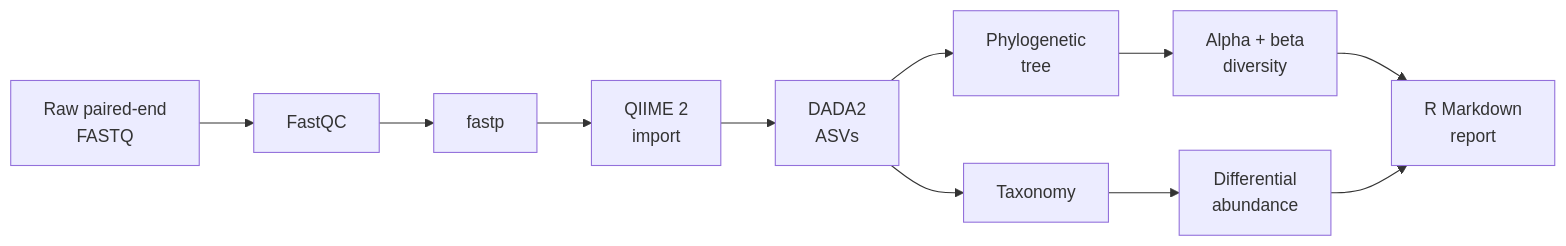
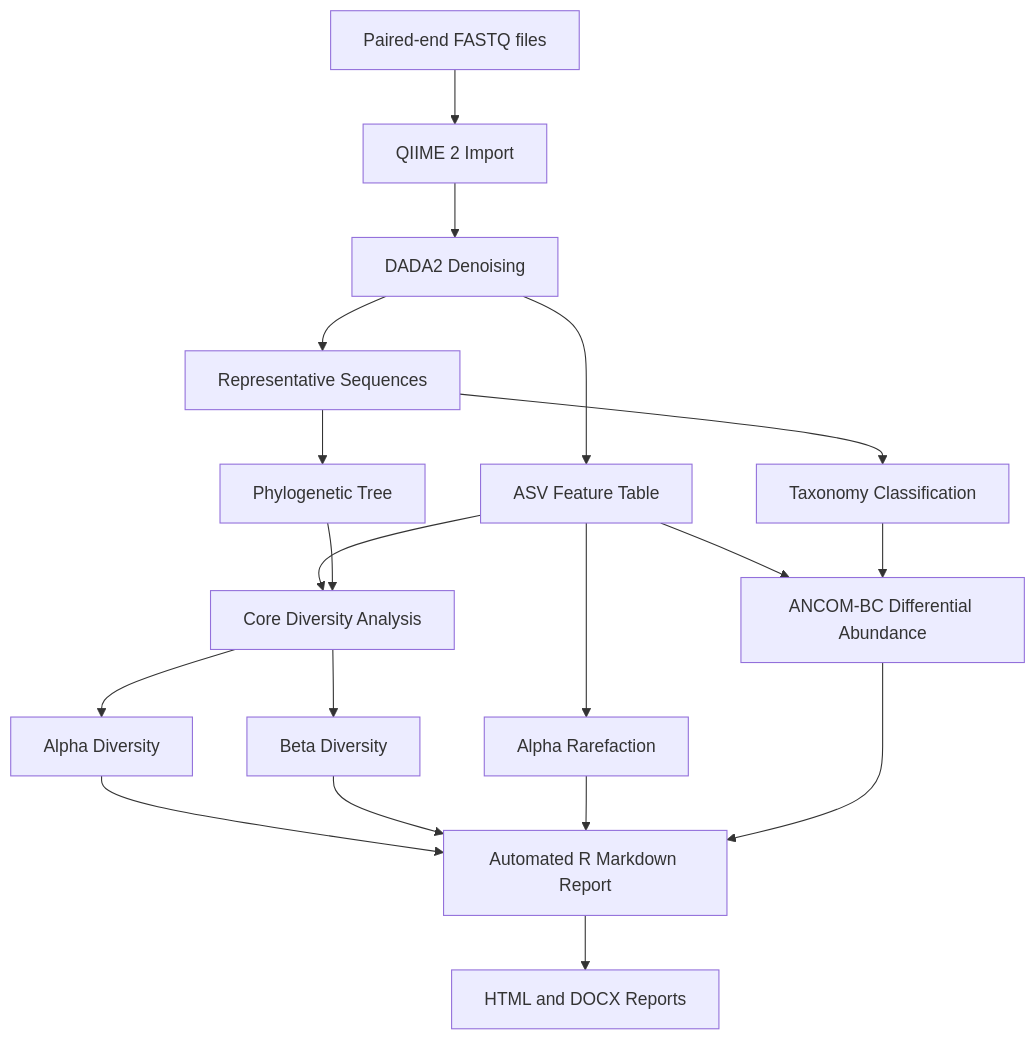
One commit to livolo/16s-Amplicon-Nextflow-Pipeline changed the diagram in README.md. Above: the diagram before and after it, drawn with Mermaid. The commit also changed other lines of this file and 3 other files, not shown here.

````diff
--- a/README.md
+++ b/README.md
@@ -22,13 +31,27 @@
 ```mermaid
-flowchart LR
-    A[Raw paired-end<br>FASTQ] --> B[FastQC]
-    B --> C[fastp]
-    C --> D[QIIME 2<br>import]
-    D --> E[DADA2<br>ASVs]
-    E --> F[Phylogenetic<br>tree]
-    E --> G[Taxonomy]
-    F --> H[Alpha + beta<br>diversity]
-    G --> I[Differential<br>abundance]
-    H --> J[R Markdown<br>report]
-    I --> J
+flowchart TD
+    A[Paired-end FASTQ files] --> B[QIIME 2 Import]
+    B --> C[DADA2 Denoising]
+    C --> D[ASV Feature Table]
+    C --> E[Representative Sequences]
+
+    E --> F[Phylogenetic Tree]
+    E --> G[Taxonomy Classification]
+
+    D --> H[Core Diversity Analysis]
+    F --> H
+
+    H --> I[Alpha Diversity]
+    H --> J[Beta Diversity]
+    D --> K[Alpha Rarefaction]
+
+    D --> L[ANCOM-BC Differential Abundance]
+    G --> L
+
+    I --> M[Automated R Markdown Report]
+    J --> M
+    K --> M
+    L --> M
+
+    M --> N[HTML and DOCX Reports]
 ```
````
